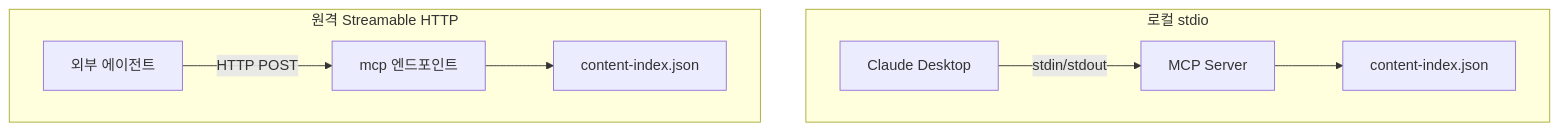
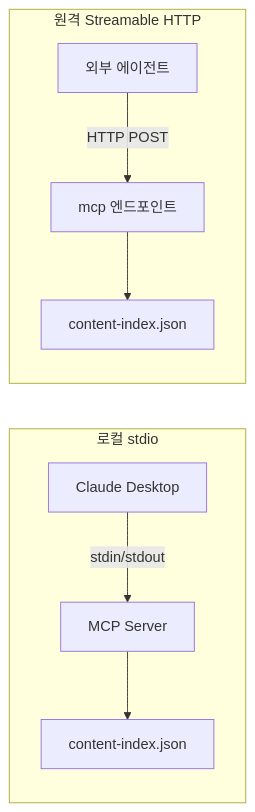
One commit to bborok1234/mirlim.blog changed the diagram in src/content/blog/mcp-on-personal-blog.md. Above: the diagram before and after it, drawn with Mermaid. The commit also changed 1 other file, not shown here.

Commit message:
style: mermaid 다크 테마 적용 + 다이어그램 LR 레이아웃
DESIGN.md 색상 체계에 맞춰 mermaid themeVariables 설정.
기본 theme: default → dark로 변경. MCP 포스트 다이어그램 TB→LR.

````diff
--- a/src/content/blog/mcp-on-personal-blog.md
+++ b/src/content/blog/mcp-on-personal-blog.md
@@ -60,11 +60,11 @@
 ```mermaid
-graph TB
+graph LR
   subgraph LOCAL["로컬 stdio"]
     C1["Claude Desktop"] -->|"stdin/stdout"| S1["MCP Server"]
     S1 --> D1["content-index.json"]
   end
   subgraph REMOTE["원격 Streamable HTTP"]
     C2["외부 에이전트"] -->|"HTTP POST"| S2["mcp 엔드포인트"]
     S2 --> D2["content-index.json"]
   end
 ```
````
